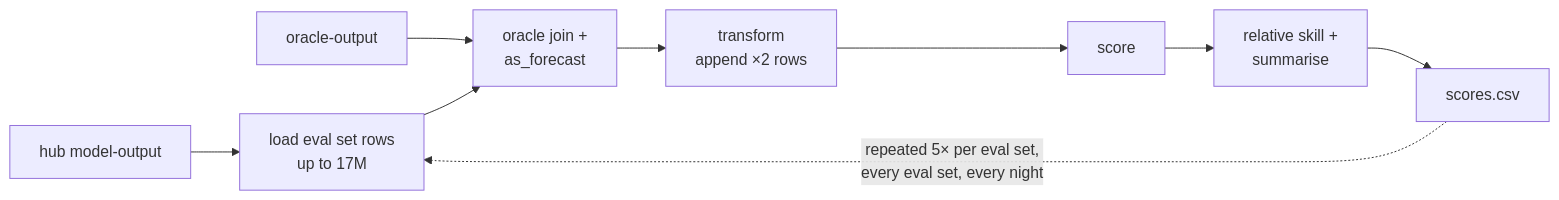
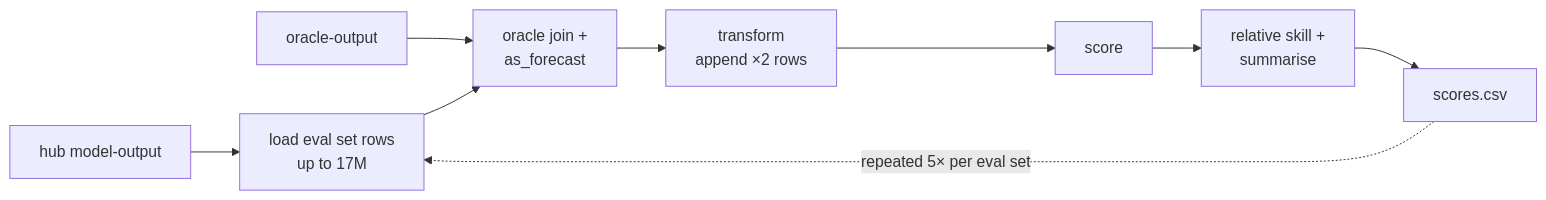
The first of 2 diagrams in project-posters/eval-computation-scaling/eval-computation-scaling.md (hubverse-org/decisions), drawn with Mermaid before and after one commit. The commit also changed other lines of this file, not shown here.

````diff
--- a/project-posters/eval-computation-scaling/eval-computation-scaling.md
+++ b/project-posters/eval-computation-scaling/eval-computation-scaling.md
@@ -128,11 +136,11 @@
 ```mermaid
 flowchart LR
   H[hub model-output] --> L[load eval set rows<br/>up to 17M]
   O[oracle-output] --> J
   L --> J[oracle join +<br/>as_forecast]
   J --> T[transform<br/>append ×2 rows]
   T --> S[score]
   S --> R[relative skill +<br/>summarise]
   R --> C[scores.csv]
-  C -. repeated 5× per eval set,<br/>every eval set, every night .-> L
+  C -. repeated 5× per eval set .-> L
 ```
````
